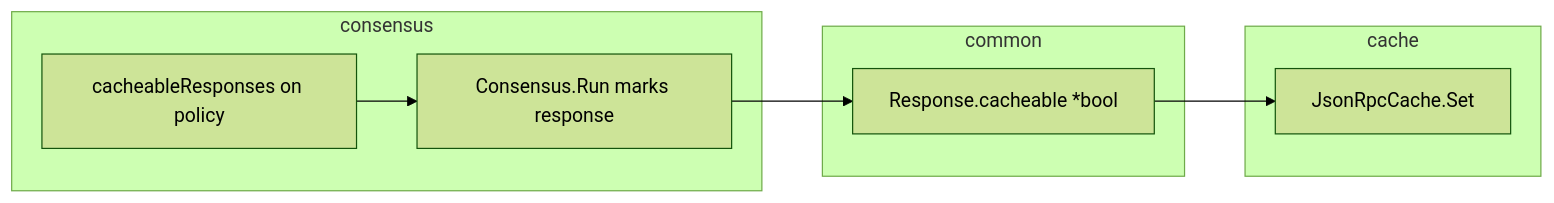
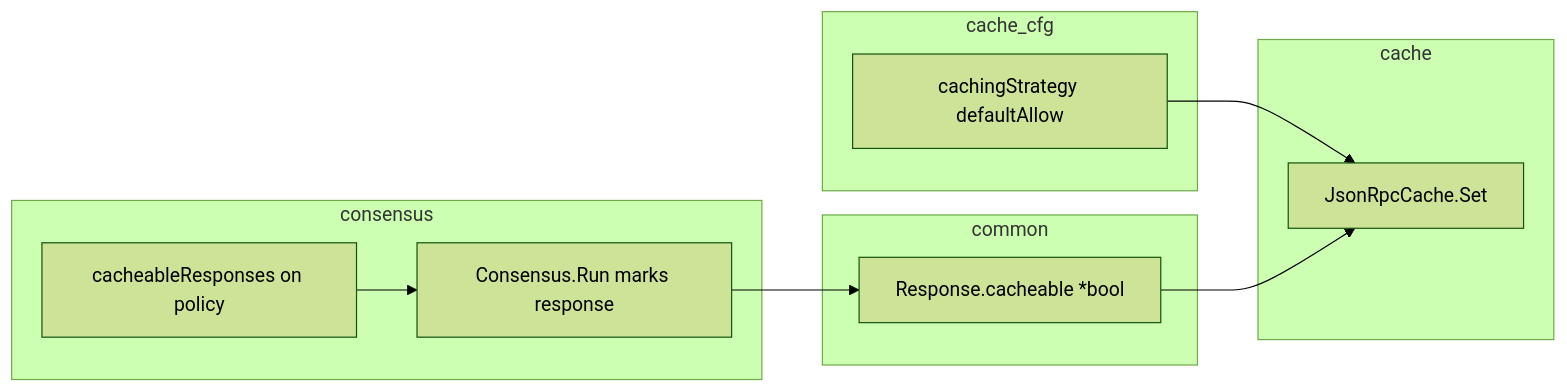
The third of 3 diagrams in specs/cacheable-responses/feature.md (andreclaro/erpc), drawn with Mermaid (forest theme) before and after one commit. The commit also changed other lines of this file and 1 other file, not shown here.

First line of the commit message:
docs(specs): add cachingStrategy defaultAllow to cacheable-responses

````diff
--- a/specs/cacheable-responses/feature.md
+++ b/specs/cacheable-responses/feature.md
@@ -124,14 +163,18 @@
 ```mermaid
 flowchart LR
+  subgraph cache_cfg
+    S[cachingStrategy defaultAllow]
+  end
   subgraph consensus
     P[cacheableResponses on policy]
     Run[Consensus.Run marks response]
   end
   subgraph common
     R[Response.cacheable *bool]
   end
   subgraph cache
-    S[JsonRpcCache.Set]
+    Set[JsonRpcCache.Set]
   end
-  P --> Run --> R --> S
+  S --> Set
+  P --> Run --> R --> Set
 ```
````
